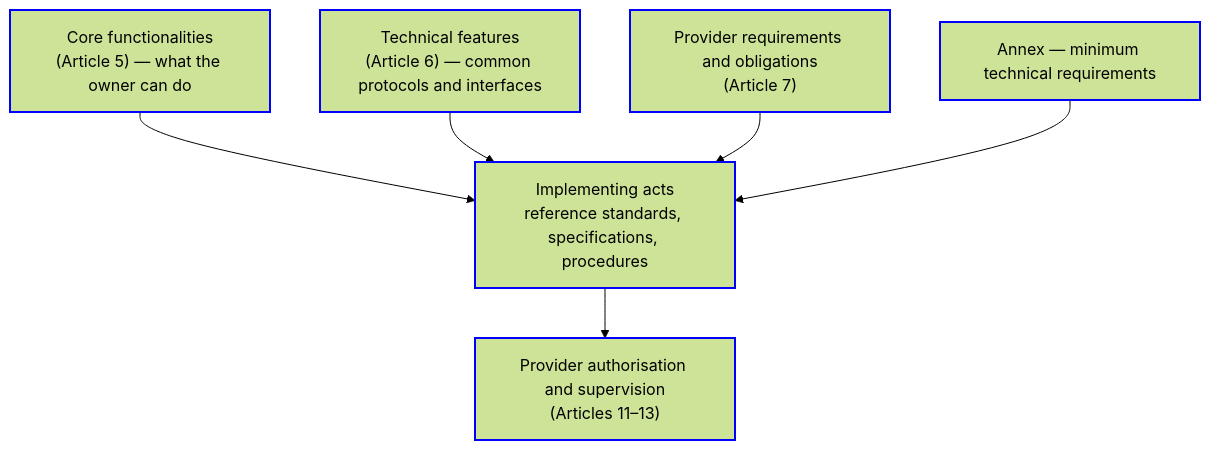
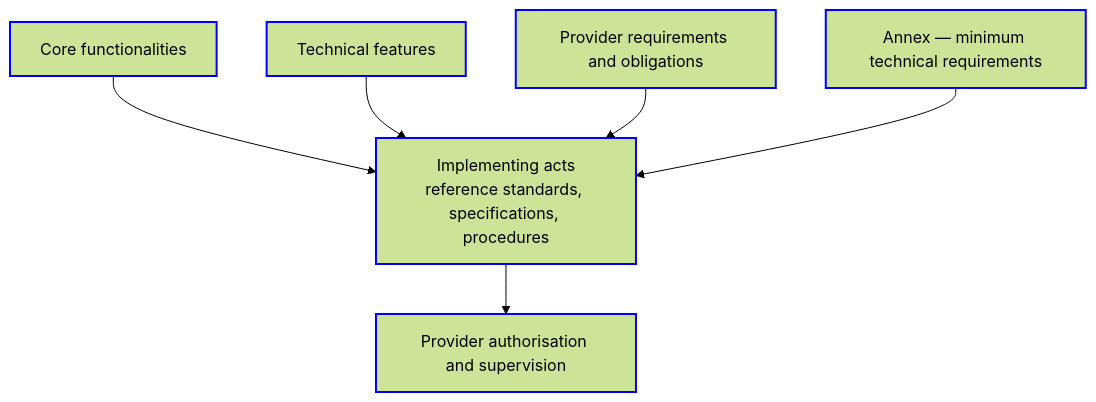
The third of 3 diagrams in blueprint/appendix-ebw-definition.md (MiikaAntila/wp4-architecture), drawn with Mermaid (forest theme) before and after one commit. The commit also changed other lines of this file, not shown here.

````diff
--- a/blueprint/appendix-ebw-definition.md
+++ b/blueprint/appendix-ebw-definition.md
@@ -120,11 +120,11 @@
 ```mermaid
 graph TD
-    A["Core functionalities<br/>(Article 5) — what the owner can do"] --> E["Implementing acts<br/>reference standards, specifications, procedures"]
-    B["Technical features<br/>(Article 6) — common protocols and interfaces"] --> E
-    C["Provider requirements and obligations<br/>(Article 7)"] --> E
+    A["Core functionalities"] --> E["Implementing acts<br/>reference standards, specifications, procedures"]
+    B["Technical features"] --> E
+    C["Provider requirements and obligations"] --> E
     D["Annex — minimum technical requirements"] --> E
-    E --> F["Provider authorisation and supervision<br/>(Articles 11–13)"]
+    E --> F["Provider authorisation and supervision"]
 
     classDef layer stroke:#0000ff, stroke-width:2px
     class A,B,C,D,E,F layer
 ```
````
